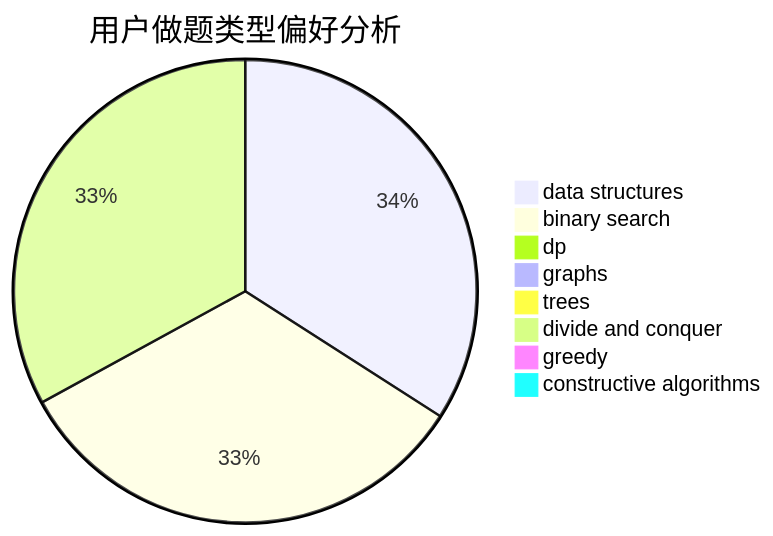
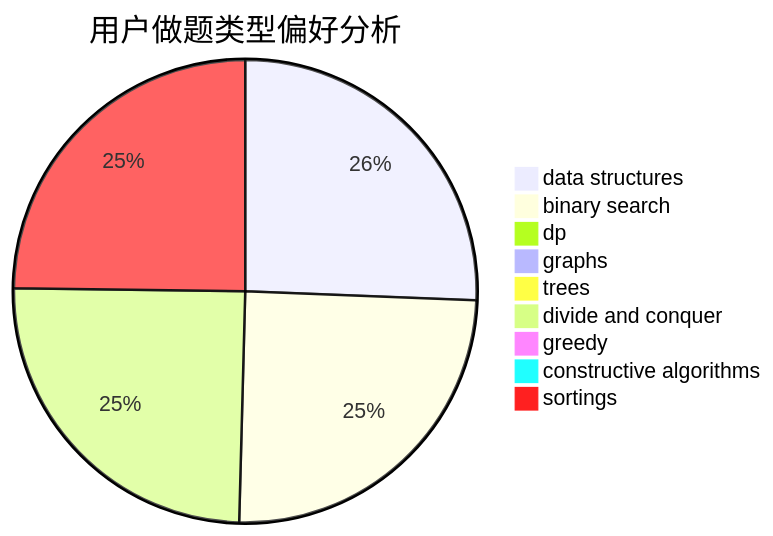
One commit to sherpahu/cfrs.github.io changed the second of 3 diagrams in docs/user/u1069.md. Above: the diagram before and after it, drawn with Mermaid. The commit also changed other lines of this file and 2769 other files, not shown here.

````diff
--- a/docs/user/u1069.md
+++ b/docs/user/u1069.md
@@ -23,11 +18,12 @@
 ```mermaid
 pie title 用户做题类型偏好分析
     "data structures" :  92
     "binary search" :  89
     "dp" :  1
     "graphs" :  0
     "trees" :  0
     "divide and conquer" :  89
     "greedy" :  0
     "constructive algorithms" :  0
+    "sortings" :  89
 ```
````
